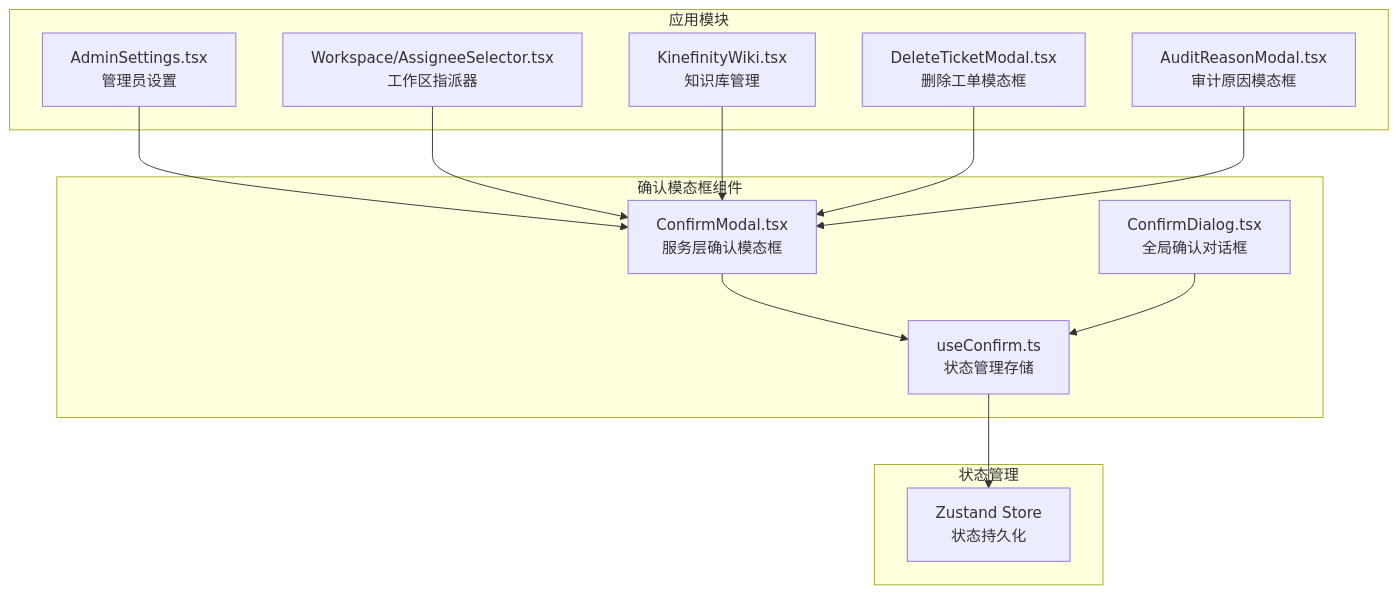
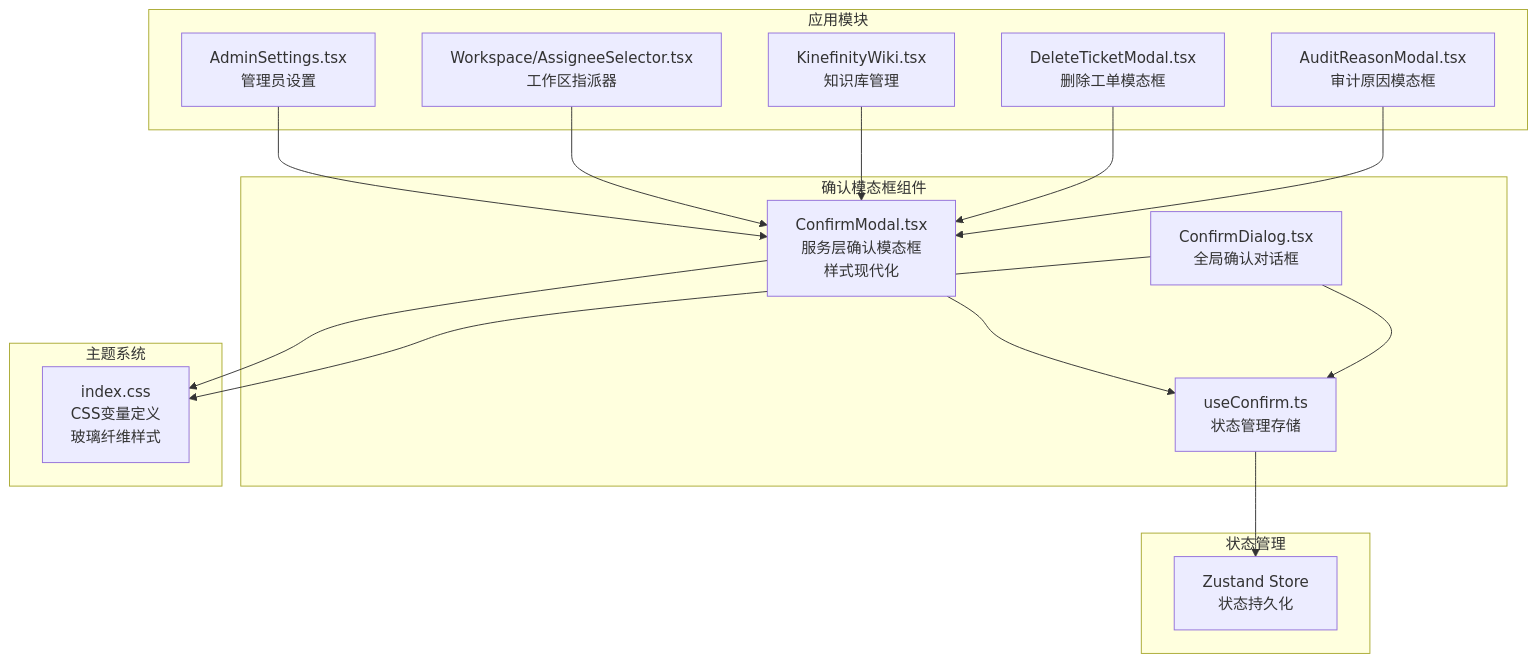
Before and after one commit to CubeEdge/Longhorn: the first of 6 diagrams in .qoder/repowiki/zh/content/Confirm Modal Enhancements.md, drawn with Mermaid. The commit also changed other lines of this file and 118 other files, not shown here.

````diff
--- a/.qoder/repowiki/zh/content/Confirm Modal Enhancements.md
+++ b/.qoder/repowiki/zh/content/Confirm Modal Enhancements.md
@@ -48,26 +50,31 @@
 ```mermaid
 graph TB
 subgraph "确认模态框组件"
-CM[ConfirmModal.tsx<br/>服务层确认模态框]
+CM[ConfirmModal.tsx<br/>服务层确认模态框<br/>样式现代化]
 CD[ConfirmDialog.tsx<br/>全局确认对话框]
 UC[useConfirm.ts<br/>状态管理存储]
 end
 subgraph "应用模块"
 AS[AdminSettings.tsx<br/>管理员设置]
 WS[Workspace/AssigneeSelector.tsx<br/>工作区指派器]
 KW[KinefinityWiki.tsx<br/>知识库管理]
 DTM[DeleteTicketModal.tsx<br/>删除工单模态框]
 ARM[AuditReasonModal.tsx<br/>审计原因模态框]
 end
+subgraph "主题系统"
+CSS[index.css<br/>CSS变量定义<br/>玻璃纤维样式]
+end
 subgraph "状态管理"
 ZUSTAND[Zustand Store<br/>状态持久化]
 end
 CM --> UC
 CD --> UC
 UC --> ZUSTAND
+CM --> CSS
+CD --> CSS
 AS --> CM
 WS --> CM
 KW --> CM
 DTM --> CM
 ARM --> CM
 ```
````
